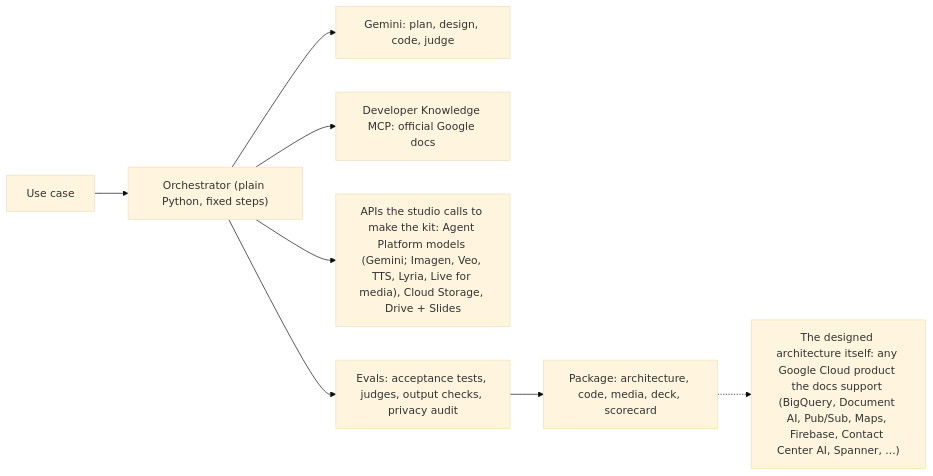
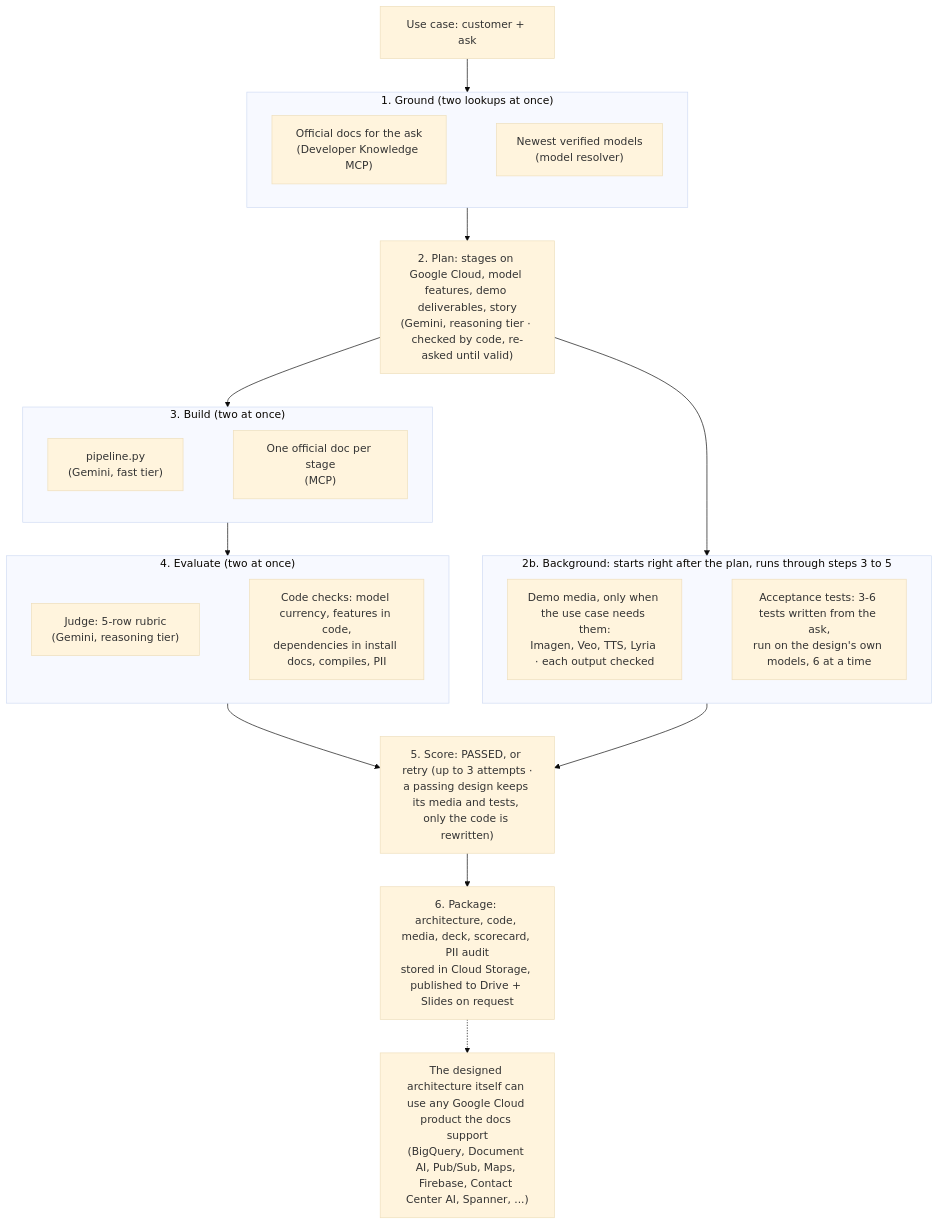
Before and after one commit to LUJ20/eliminating-custom-demo-toil-with-google-mcp: the first of 2 diagrams in README.md, drawn with Mermaid (base theme). The commit also changed other lines of this file, not shown here.

Commit message:
README: ordered how-it-works diagram, numbered component diagram, per-use-case API calls
- How it works: replaces the four-arrow fan-out (read as four parallel
  calls) with the real order: 1 Ground (two lookups) -> 2 Plan -> 2b
  background media + acceptance tests -> 3 Build (code || citations) ->
  4 Evaluate (judge || code checks) -> 5 Score/retry -> 6 Package.
- Core pattern: components numbered in the order a build touches them;
  adds the troubleshooter (wraps every model call, reads MCP for fix
  hints), dependency_resolver.py, prebuild.py, code_editor.py; Live and
  Embeddings marked as model-verification calls only.
- States that the studio's own API list is a maximum: media models are
  called only when the use case's deliverables need them.

````diff
--- a/README.md
+++ b/README.md
@@ -37,10 +37,28 @@
 ```mermaid
-flowchart LR
-    U["Use case"] --> O["Orchestrator (plain Python, fixed steps)"]
-    O --> B["Gemini: plan, design, code, judge"]
-    O --> K["Developer Knowledge MCP: official Google docs"]
-    O --> T["APIs the studio calls to make the kit: Agent Platform models (Gemini; Imagen, Veo, TTS, Lyria, Live for media), Cloud Storage, Drive + Slides"]
-    O --> E["Evals: acceptance tests, judges, output checks, privacy audit"]
-    E --> P["Package: architecture, code, media, deck, scorecard"]
-    P -.-> A["The designed architecture itself: any Google Cloud product the docs support (BigQuery, Document AI, Pub/Sub, Maps, Firebase, Contact Center AI, Spanner, ...)"]
+flowchart TB
+    subgraph G ["1. Ground (two lookups at once)"]
+        direction LR
+        G1["Official docs for the ask<br/>(Developer Knowledge MCP)"] ~~~ G2["Newest verified models<br/>(model resolver)"]
+    end
+    subgraph BG ["2b. Background: starts right after the plan, runs through steps 3 to 5"]
+        direction LR
+        M["Demo media, only when the use case needs them:<br/>Imagen, Veo, TTS, Lyria · each output checked"] ~~~ T["Acceptance tests: 3-6 tests written from the ask,<br/>run on the design's own models, 6 at a time"]
+    end
+    subgraph CC ["3. Build (two at once)"]
+        direction LR
+        C["pipeline.py<br/>(Gemini, fast tier)"] ~~~ CI["One official doc per stage<br/>(MCP)"]
+    end
+    subgraph JJ ["4. Evaluate (two at once)"]
+        direction LR
+        J["Judge: 5-row rubric<br/>(Gemini, reasoning tier)"] ~~~ K["Code checks: model currency, features in code,<br/>dependencies in install docs, compiles, PII"]
+    end
+    U["Use case: customer + ask"] --> G
+    G --> PL["2. Plan: stages on Google Cloud, model features, demo deliverables, story<br/>(Gemini, reasoning tier · checked by code, re-asked until valid)"]
+    PL --> BG
+    PL --> CC
+    CC --> JJ
+    JJ --> S["5. Score: PASSED, or retry (up to 3 attempts ·<br/>a passing design keeps its media and tests, only the code is rewritten)"]
+    BG --> S
+    S --> P["6. Package: architecture, code, media, deck, scorecard, PII audit<br/>stored in Cloud Storage, published to Drive + Slides on request"]
+    P -.-> A["The designed architecture itself can use any Google Cloud product the docs support<br/>(BigQuery, Document AI, Pub/Sub, Maps, Firebase, Contact Center AI, Spanner, ...)"]
 ```
````
